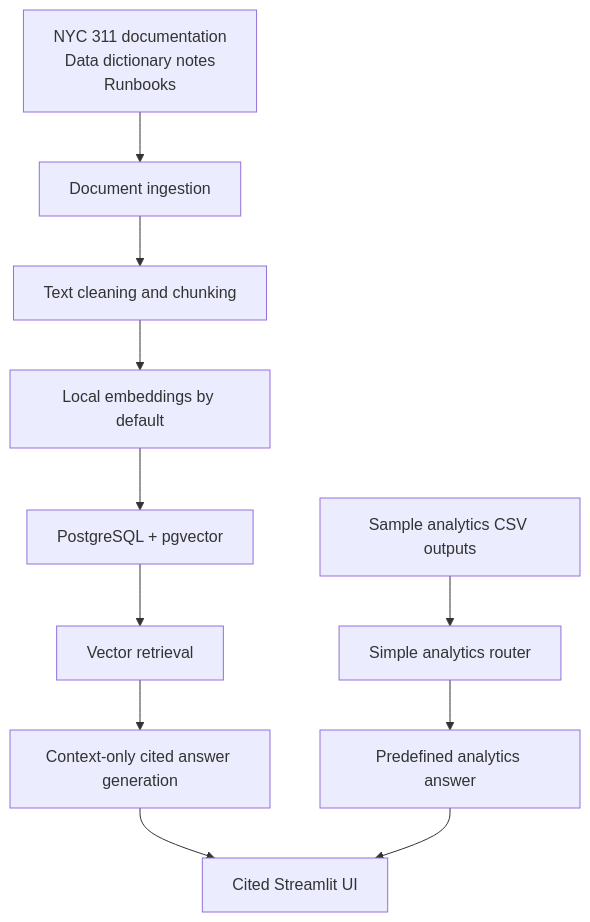
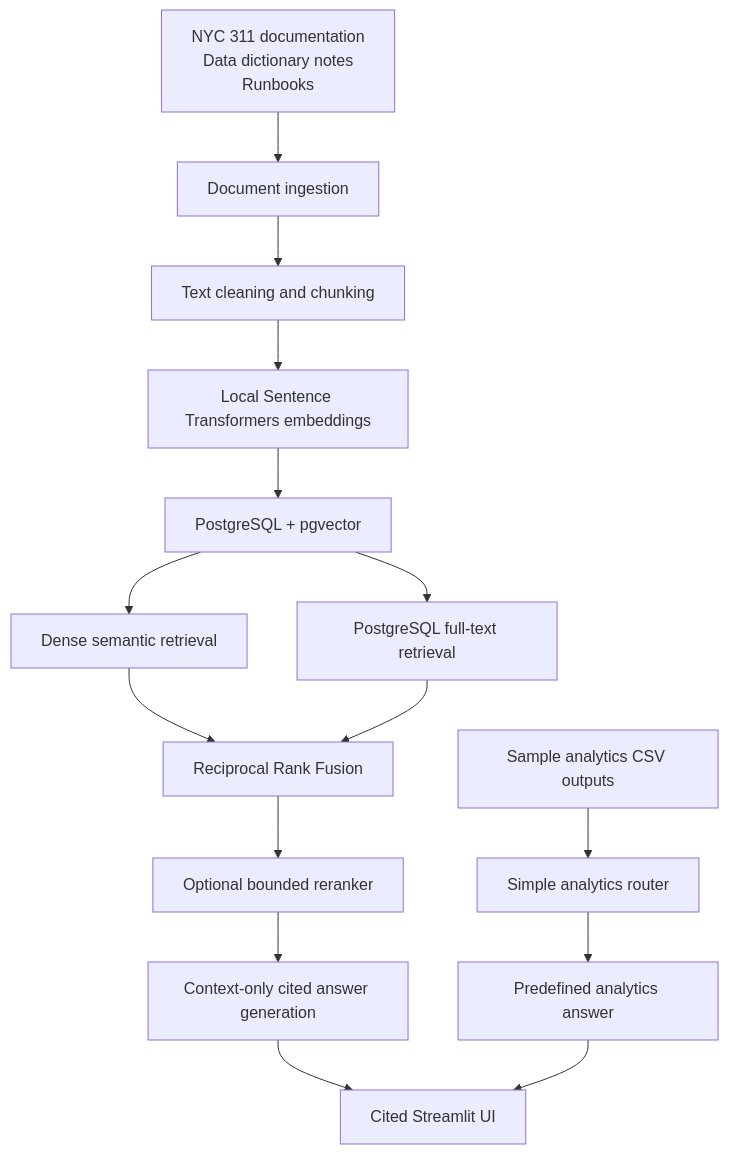
The diagram in README.md (rihua-tech/civiclens-rag-nyc311), drawn with Mermaid before and after one commit. The commit also changed other lines of this file and 29 other files, not shown here.

Commit message:
Add semantic hybrid retrieval and reranking

````diff
--- a/README.md
+++ b/README.md
@@ -31,17 +32,21 @@
 ```mermaid
 flowchart TD
     docs["NYC 311 documentation<br/>Data dictionary notes<br/>Runbooks"]
     sampleAnalytics["Sample analytics CSV outputs"]
 
     docs --> ingestion["Document ingestion"]
     ingestion --> chunking["Text cleaning and chunking"]
-    chunking --> embeddings["Local embeddings by default"]
+    chunking --> embeddings["Local Sentence Transformers embeddings"]
     embeddings --> pgvector["PostgreSQL + pgvector"]
-    pgvector --> retrieval["Vector retrieval"]
-    retrieval --> answer["Context-only cited answer generation"]
+    pgvector --> semantic["Dense semantic retrieval"]
+    pgvector --> lexical["PostgreSQL full-text retrieval"]
+    semantic --> fusion["Reciprocal Rank Fusion"]
+    lexical --> fusion
+    fusion --> reranker["Optional bounded reranker"]
+    reranker --> answer["Context-only cited answer generation"]
     answer --> ui["Cited Streamlit UI"]
 
     sampleAnalytics --> analyticsRouter["Simple analytics router"]
     analyticsRouter --> analyticsAnswer["Predefined analytics answer"]
     analyticsAnswer --> ui
 ```
````
